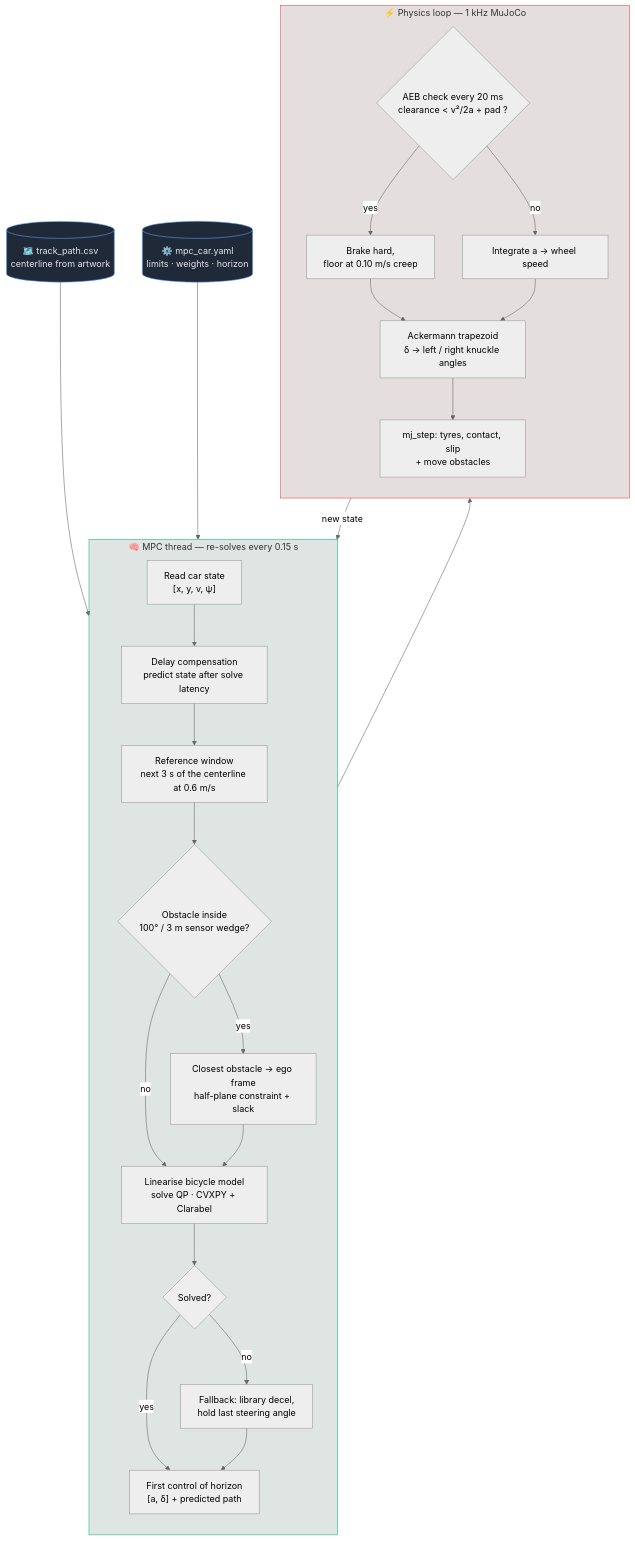
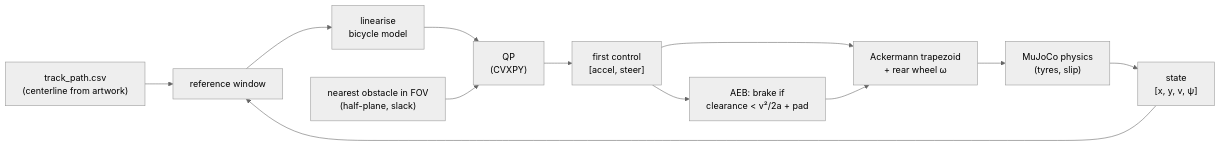
Before and after one commit to KiaRational/MPC_Self_Driving_Car: the diagram in README.md, drawn with Mermaid (neutral theme).

Commit message:
README: simplify controller flowchart to the original loop layout

````diff
--- a/README.md
+++ b/README.md
@@ -87,38 +87,18 @@
 ```mermaid
-flowchart TD
-    TRACK[("🗺️ track_path.csv<br/>centerline from artwork")]:::data
-    YAML[("⚙️ mpc_car.yaml<br/>limits · weights · horizon")]:::data
-
-    subgraph MPC["🧠 MPC thread — re-solves every 0.15 s"]
-        direction TB
-        S["Read car state<br/>[x, y, v, ψ]"] --> D["Delay compensation<br/>predict state after solve latency"]
-        D --> REF["Reference window<br/>next 3 s of the centerline at 0.6 m/s"]
-        REF --> DET{"Obstacle inside<br/>100° / 3 m sensor wedge?"}
-        DET -- yes --> HP["Closest obstacle → ego frame<br/>half-plane constraint + slack"]
-        DET -- no --> QP
-        HP --> QP["Linearise bicycle model<br/>solve QP · CVXPY + Clarabel"]
-        QP --> OK{"Solved?"}
-        OK -- yes --> U["First control of horizon<br/>[a, δ] + predicted path"]
-        OK -- no --> FB["Fallback: library decel,<br/>hold last steering angle"]
-        FB --> U
-    end
-
-    subgraph PHYS["⚡ Physics loop — 1 kHz MuJoCo"]
-        direction TB
-        AEB{"AEB check every 20 ms<br/>clearance &lt; v²/2a + pad ?"}
-        AEB -- yes --> BRK["Brake hard,<br/>floor at 0.10 m/s creep"]
-        AEB -- no --> INT["Integrate a → wheel speed"]
-        BRK --> ACK
-        INT --> ACK["Ackermann trapezoid<br/>δ → left / right knuckle angles"]
-        ACK --> STEP["mj_step: tyres, contact, slip<br/>+ move obstacles"]
-    end
+flowchart LR
+    TRACK["track_path.csv<br/>(centerline from artwork)"]
+    STATE["state<br/>[x, y, v, ψ]"]
+    REF["reference window"]
+    LIN["linearise<br/>bicycle model"]
+    QP["QP<br/>(CVXPY)"]
+    OBS["nearest obstacle in FOV<br/>(half-plane, slack)"]
+    U["first control<br/>[accel, steer]"]
+    AEB["AEB: brake if<br/>clearance &lt; v²/2a + pad"]
+    ACK["Ackermann trapezoid<br/>+ rear wheel ω"]
+    SIM["MuJoCo physics<br/>(tyres, slip)"]
 
     TRACK --> REF
-    YAML --> QP
-    U --> AEB
-    STEP -- "new state" --> S
-
-    classDef data fill:#1f2937,stroke:#60a5fa,color:#e5e7eb
-    style MPC fill:#0b3b2e22,stroke:#10b981
-    style PHYS fill:#3b0b0b22,stroke:#ef4444
+    STATE --> REF --> LIN --> QP --> U --> ACK --> SIM --> STATE
+    OBS --> QP
+    U --> AEB --> ACK
 ```
````
